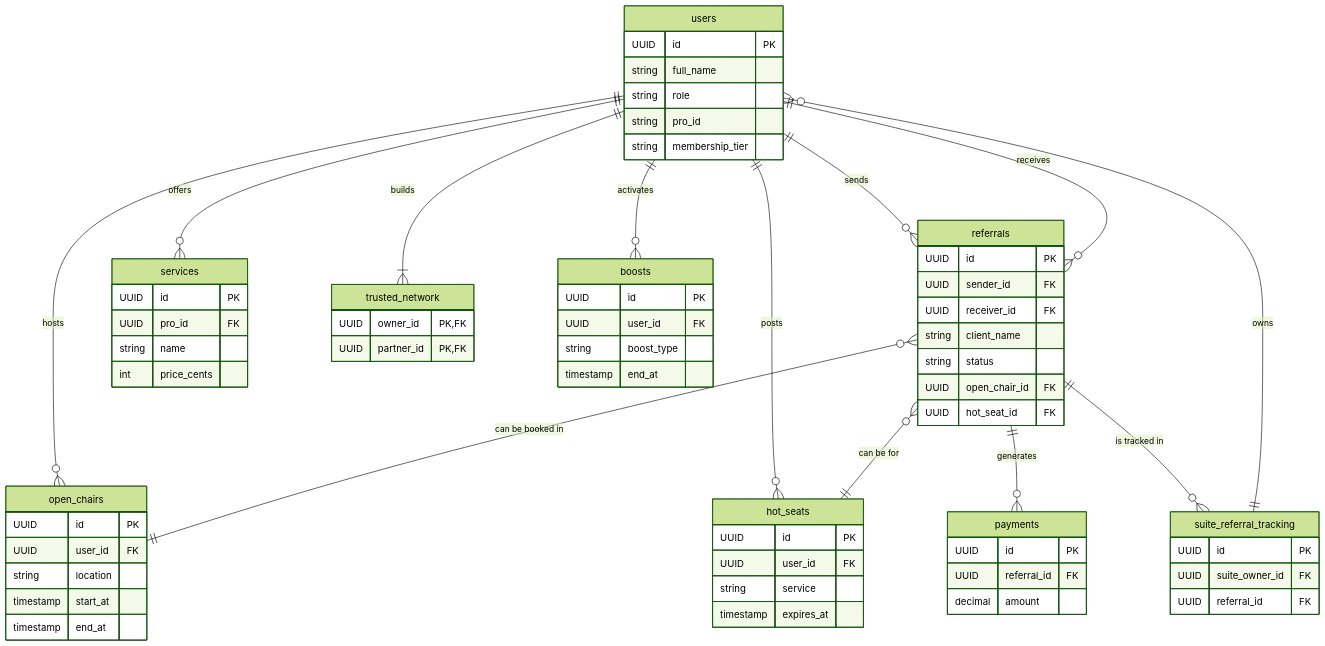
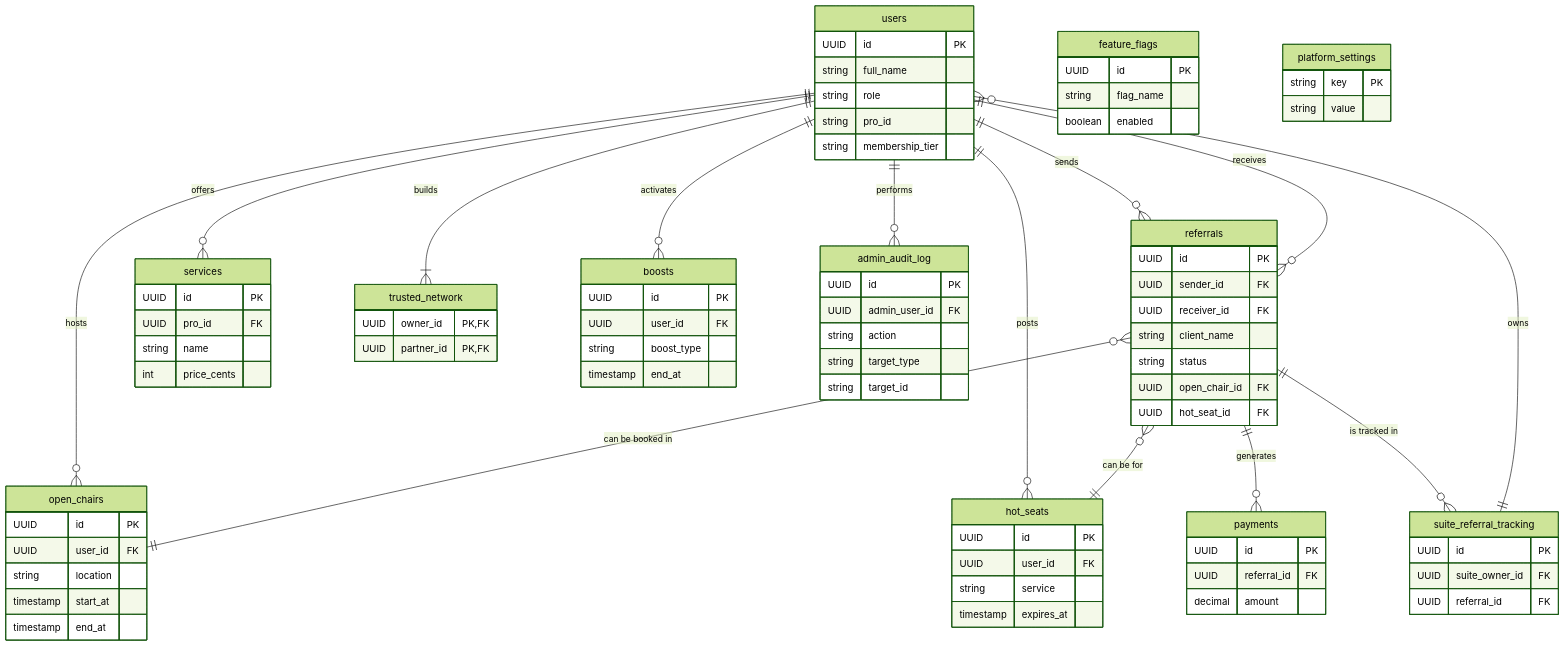
One commit to maddude73/clientpass-doc-site-master changed the seventh of 7 diagrams in public/docs/SAD.md. Above: the diagram before and after it, drawn with Mermaid (forest theme). The commit also changed other lines of this file and 9 other files, not shown here.

```diff
--- a/public/docs/SAD.md
+++ b/public/docs/SAD.md
@@ -348,6 +348,25 @@
         UUID referral_id FK
     }
 
+    admin_audit_log {
+        UUID id PK
+        UUID admin_user_id FK
+        string action
+        string target_type
+        string target_id
+    }
+
+    feature_flags {
+        UUID id PK
+        string flag_name
+        boolean enabled
+    }
+
+    platform_settings {
+        string key PK
+        string value
+    }
+
     users ||--o{ referrals : "sends"
     users ||--o{ referrals : "receives"
     users ||--o{ services : "offers"
@@ -355,6 +374,7 @@
     users ||--|{ trusted_network : "builds"
     users ||--o{ hot_seats : "posts"
     users ||--o{ boosts : "activates"
+    users ||--o{ admin_audit_log : "performs"
 
     referrals }o--|| open_chairs : "can be booked in"
     referrals }o--|| hot_seats : "can be for"
```
